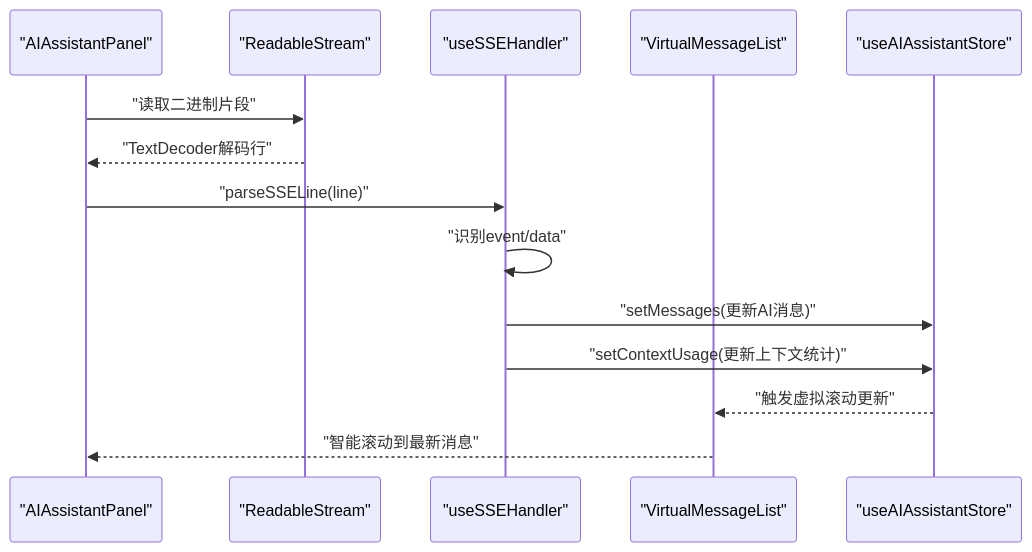
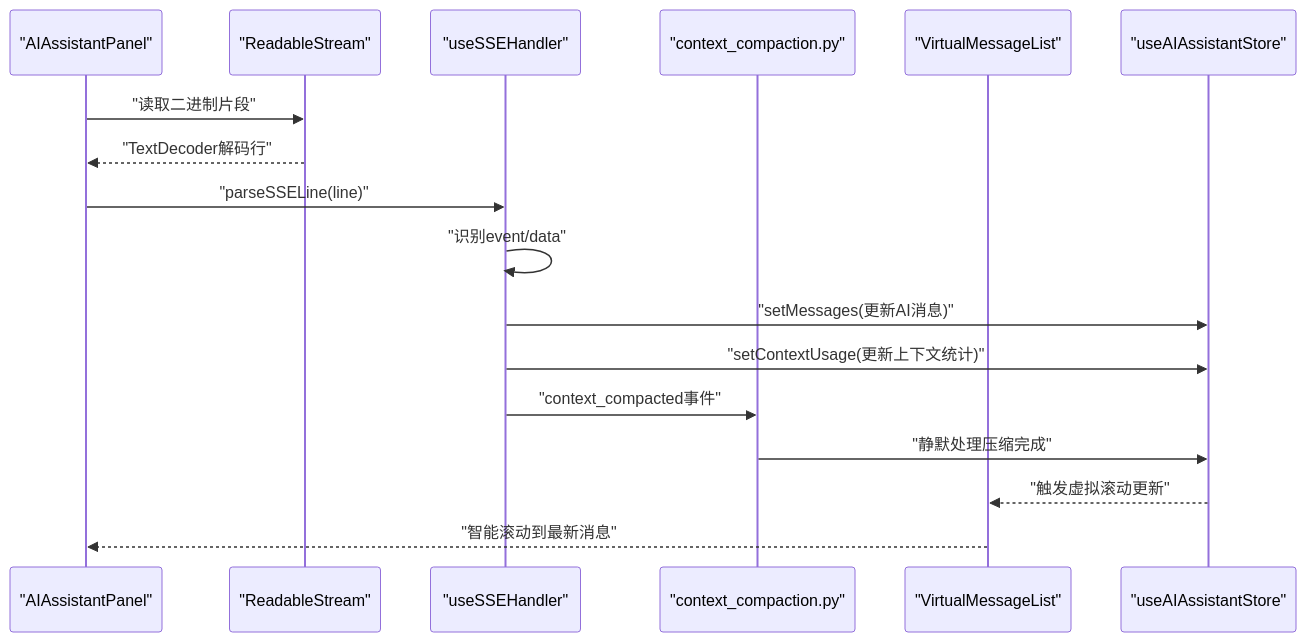
Before and after one commit to KunLabAI/KunFlix: diagram 22 of 33 in .qoder/repowiki/zh/content/前端应用架构/UI组件库/画布组件系统/AI助手面板/AI助手面板.md, drawn with Mermaid. The commit also changed other lines of this file and 14 other files, not shown here.

First line of the commit message:
feat(context_compaction): 新增智能上下文压缩功能

````diff
--- a/.qoder/repowiki/zh/content/前端应用架构/UI组件库/画布组件系统/AI助手面板/AI助手面板.md
+++ b/.qoder/repowiki/zh/content/前端应用架构/UI组件库/画布组件系统/AI助手面板/AI助手面板.md
@@ -900,16 +1043,19 @@
 ```mermaid
 sequenceDiagram
 participant P as "AIAssistantPanel"
 participant R as "ReadableStream"
 participant H as "useSSEHandler"
+participant CS as "context_compaction.py"
 participant VL as "VirtualMessageList"
 participant ST as "useAIAssistantStore"
 P->>R : "读取二进制片段"
 R-->>P : "TextDecoder解码行"
 P->>H : "parseSSELine(line)"
 H->>H : "识别event/data"
 H->>ST : "setMessages(更新AI消息)"
 H->>ST : "setContextUsage(更新上下文统计)"
+H->>CS : "context_compacted事件"
+CS->>ST : "静默处理压缩完成"
 ST-->>VL : "触发虚拟滚动更新"
 VL-->>P : "智能滚动到最新消息"
 ```
````
